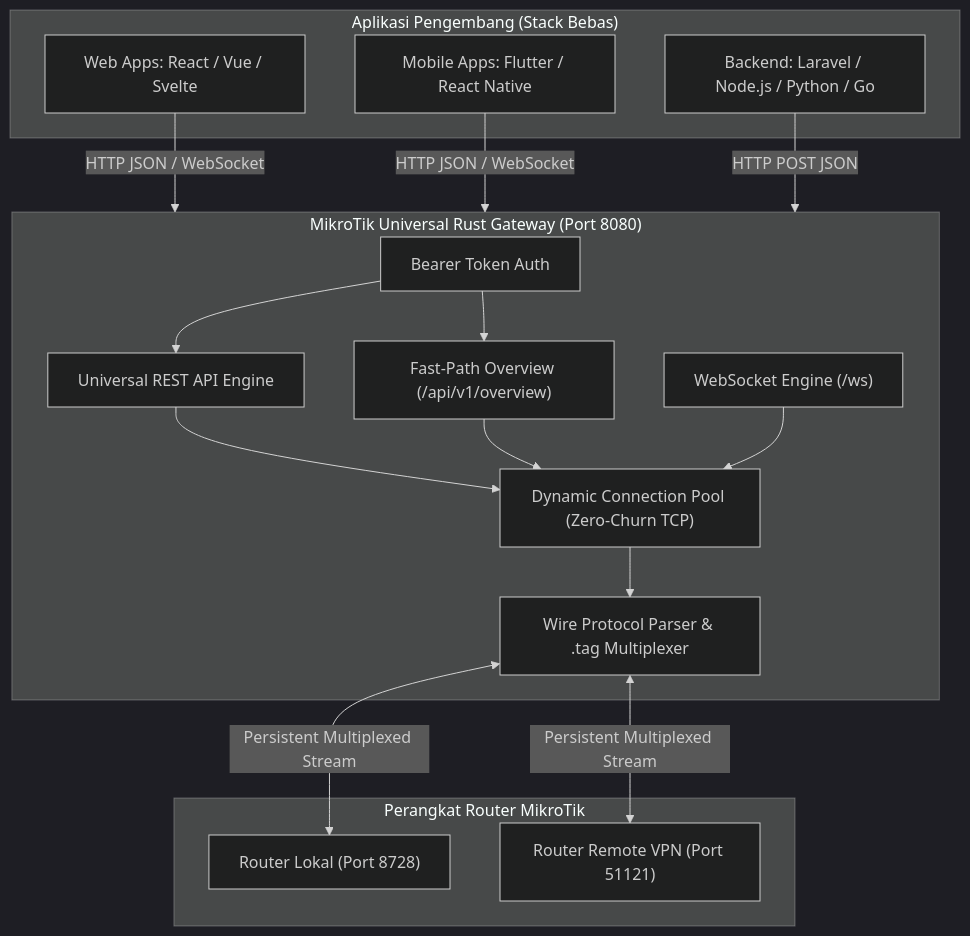
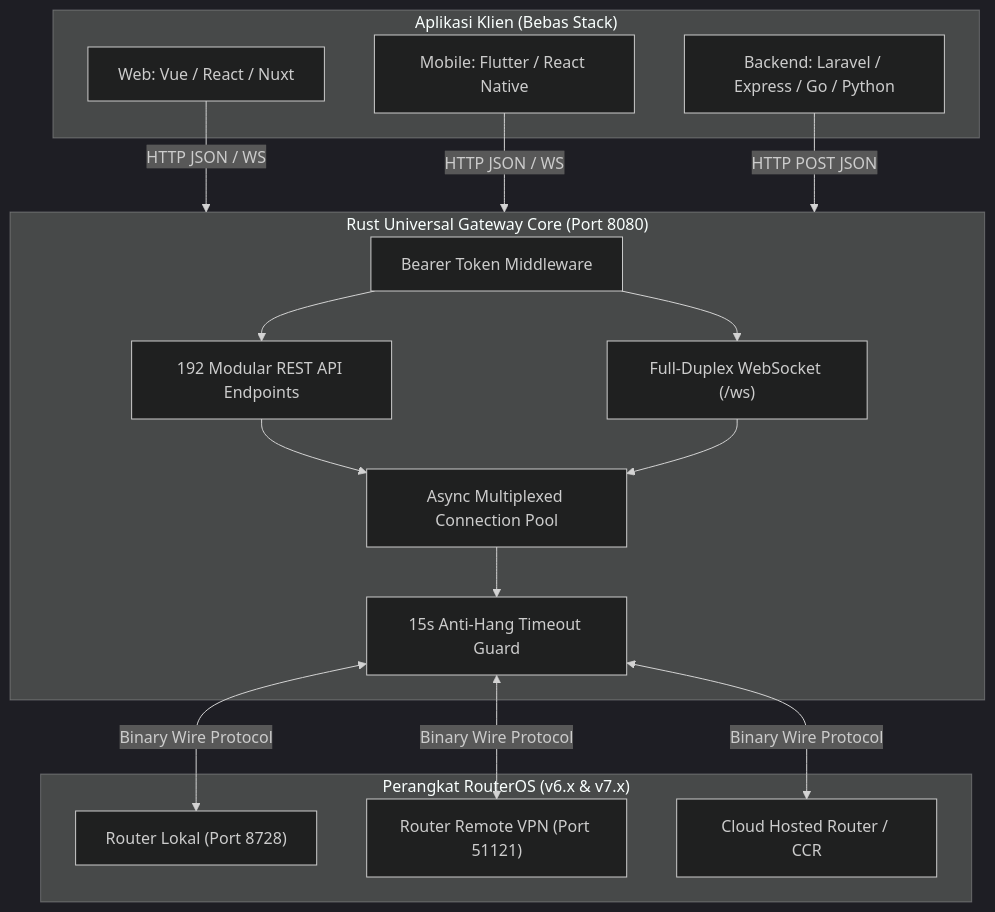
One commit to salman-mustapa/mikrotik-service changed the diagram in README.md. Above: the diagram before and after it, drawn with Mermaid (dark theme). The commit also changed other lines of this file and 5 other files, not shown here.

````diff
--- a/README.md
+++ b/README.md
@@ -15,35 +48,35 @@
 ```mermaid
 graph TB
-    subgraph Clients ["Aplikasi Pengembang (Stack Bebas)"]
-        W["Web Apps: React / Vue / Svelte"]
-        M["Mobile Apps: Flutter / React Native"]
-        B["Backend: Laravel / Node.js / Python / Go"]
+    subgraph Stacks ["Aplikasi Klien (Bebas Stack)"]
+        W["Web: Vue / React / Nuxt"]
+        M["Mobile: Flutter / React Native"]
+        B["Backend: Laravel / Express / Go / Python"]
     end
 
-    subgraph RustEngine ["MikroTik Universal Rust Gateway (Port 8080)"]
-        AUTH["Bearer Token Auth"]
-        WS["WebSocket Engine (/ws)"]
-        FAST["Fast-Path Overview (/api/v1/overview)"]
-        REST["Universal REST API Engine"]
-        POOL["Dynamic Connection Pool (Zero-Churn TCP)"]
-        MUX["Wire Protocol Parser & .tag Multiplexer"]
+    subgraph RustEngine ["Rust Universal Gateway Core (Port 8080)"]
+        AUTH["Bearer Token Middleware"]
+        WS["Full-Duplex WebSocket (/ws)"]
+        REST["192 Modular REST API Endpoints"]
+        POOL["Async Multiplexed Connection Pool"]
+        GUARD["15s Anti-Hang Timeout Guard"]
     end
 
-    subgraph Hardware ["Perangkat Router MikroTik"]
+    subgraph Hardware ["Perangkat RouterOS (v6.x & v7.x)"]
         R1["Router Lokal (Port 8728)"]
         R2["Router Remote VPN (Port 51121)"]
+        R3["Cloud Hosted Router / CCR"]
     end
 
-    W -->|"HTTP JSON / WebSocket"| RustEngine
-    M -->|"HTTP JSON / WebSocket"| RustEngine
+    W -->|"HTTP JSON / WS"| RustEngine
+    M -->|"HTTP JSON / WS"| RustEngine
     B -->|"HTTP POST JSON"| RustEngine
 
     AUTH --> REST
-    AUTH --> FAST
+    AUTH --> WS
     REST --> POOL
-    FAST --> POOL
     WS --> POOL
-    POOL --> MUX
-    MUX <-->|"Persistent Multiplexed Stream"| R1
-    MUX <-->|"Persistent Multiplexed Stream"| R2
+    POOL --> GUARD
+    GUARD <-->|"Binary Wire Protocol"| R1
+    GUARD <-->|"Binary Wire Protocol"| R2
+    GUARD <-->|"Binary Wire Protocol"| R3
 ```
````
